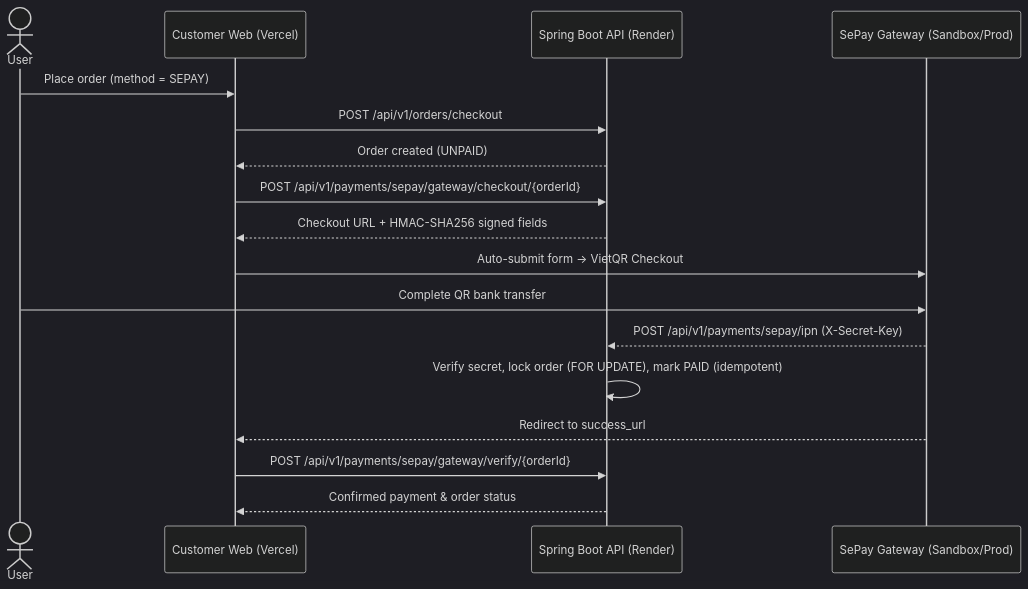
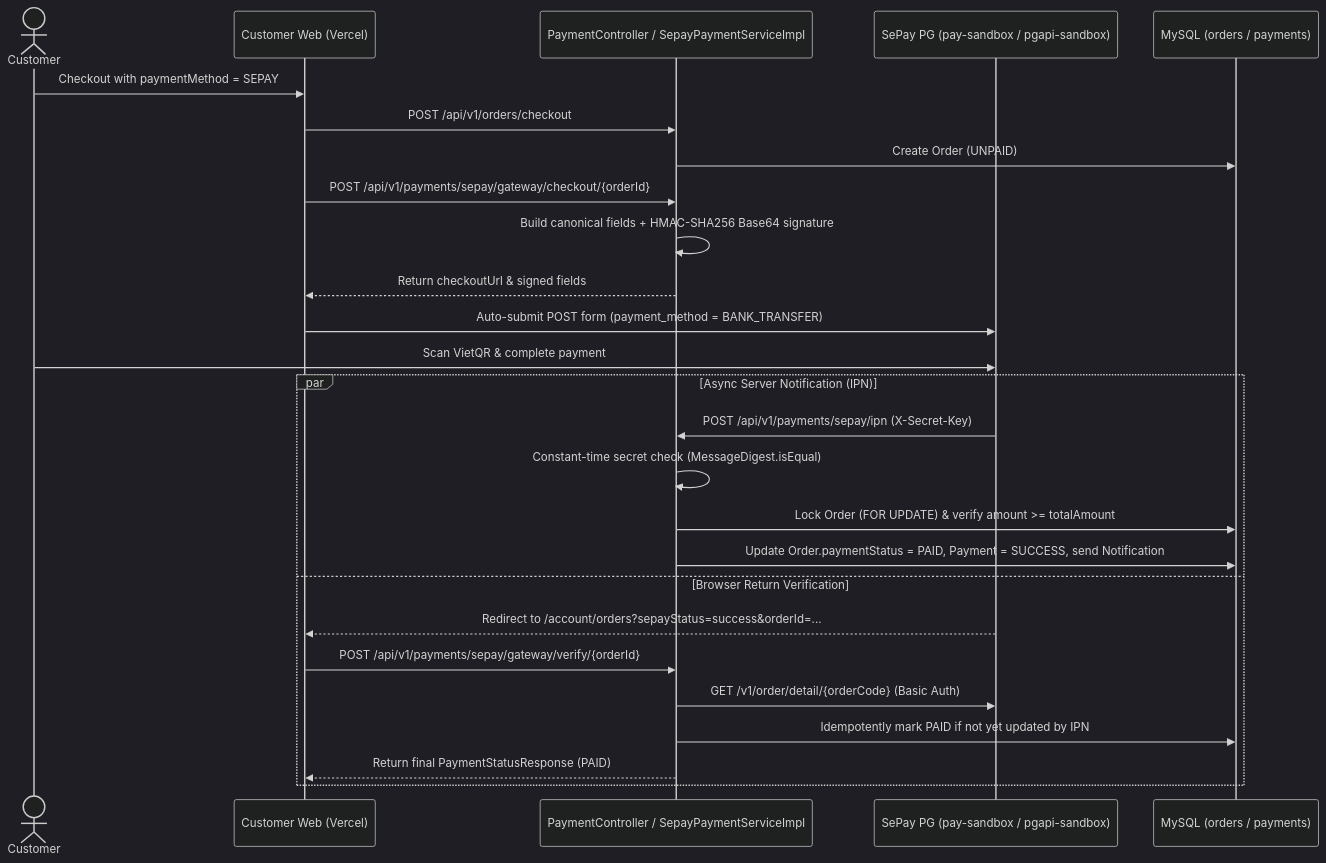
One commit to Smagic205/ThunderFood changed the fifth of 7 diagrams in README.md. Above: the diagram before and after it, drawn with Mermaid (dark theme). The commit also changed other lines of this file, not shown here.

````diff
--- a/README.md
+++ b/README.md
@@ -105,20 +194,30 @@
 ```mermaid
 sequenceDiagram
-    actor User
+    actor Customer
     participant Web as Customer Web (Vercel)
-    participant API as Spring Boot API (Render)
-    participant SePay as SePay Gateway (Sandbox/Prod)
+    participant API as PaymentController / SepayPaymentServiceImpl
+    participant SePay as SePay PG (pay-sandbox / pgapi-sandbox)
+    participant DB as MySQL (orders / payments)
 
-    User->>Web: Place order (method = SEPAY)
+    Customer->>Web: Checkout with paymentMethod = SEPAY
     Web->>API: POST /api/v1/orders/checkout
-    API-->>Web: Order created (UNPAID)
+    API->>DB: Create Order (UNPAID)
     Web->>API: POST /api/v1/payments/sepay/gateway/checkout/{orderId}
-    API-->>Web: Checkout URL + HMAC-SHA256 signed fields
-    Web->>SePay: Auto-submit form -> VietQR Checkout
-    User->>SePay: Complete QR bank transfer
-    SePay-->>API: POST /api/v1/payments/sepay/ipn (X-Secret-Key)
-    API->>API: Verify secret, lock order (FOR UPDATE), mark PAID (idempotent)
-    SePay-->>Web: Redirect to success_url
-    Web->>API: POST /api/v1/payments/sepay/gateway/verify/{orderId}
-    API-->>Web: Confirmed payment & order status
+    API->>API: Build canonical fields + HMAC-SHA256 Base64 signature
+    API-->>Web: Return checkoutUrl & signed fields
+    Web->>SePay: Auto-submit POST form (payment_method = BANK_TRANSFER)
+    Customer->>SePay: Scan VietQR & complete payment
+
+    par Async Server Notification (IPN)
+        SePay->>API: POST /api/v1/payments/sepay/ipn (X-Secret-Key)
+        API->>API: Constant-time secret check (MessageDigest.isEqual)
+        API->>DB: Lock Order (FOR UPDATE) & verify amount >= totalAmount
+        API->>DB: Update Order.paymentStatus = PAID, Payment = SUCCESS, send Notification
+    and Browser Return Verification
+        SePay-->>Web: Redirect to /account/orders?sepayStatus=success&orderId=...
+        Web->>API: POST /api/v1/payments/sepay/gateway/verify/{orderId}
+        API->>SePay: GET /v1/order/detail/{orderCode} (Basic Auth)
+        API->>DB: Idempotently mark PAID if not yet updated by IPN
+        API-->>Web: Return final PaymentStatusResponse (PAID)
+    end
 ```
````
